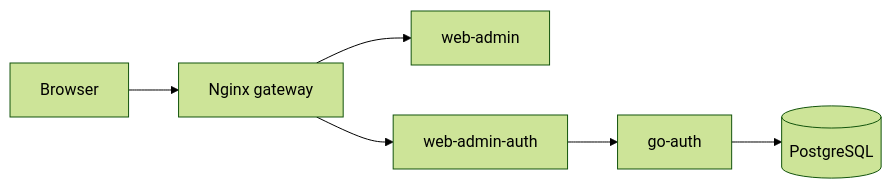
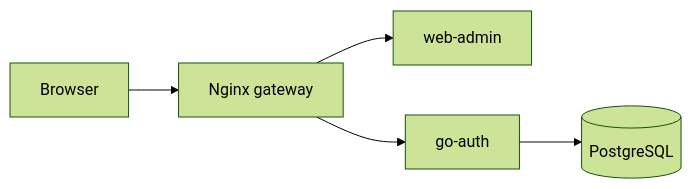
Before and after one commit to leetun2k2/infra: the diagram in README.md, drawn with Mermaid (forest theme). The commit also changed other lines of this file and 9 other files, not shown here.

First line of the commit message:
feat(infra): remove web-admin-auth, isolate internal network, and route product catalog

````diff
--- a/README.md
+++ b/README.md
@@ -8,8 +8,7 @@
 ```mermaid
 flowchart LR
   Browser[Browser] --> Gateway[Nginx gateway]
   Gateway --> UI[web-admin]
-  Gateway --> Adapter[web-admin-auth]
-  Adapter --> Auth[go-auth]
+  Gateway --> Auth[go-auth]
   Auth --> DB[(PostgreSQL)]
 ```
````
